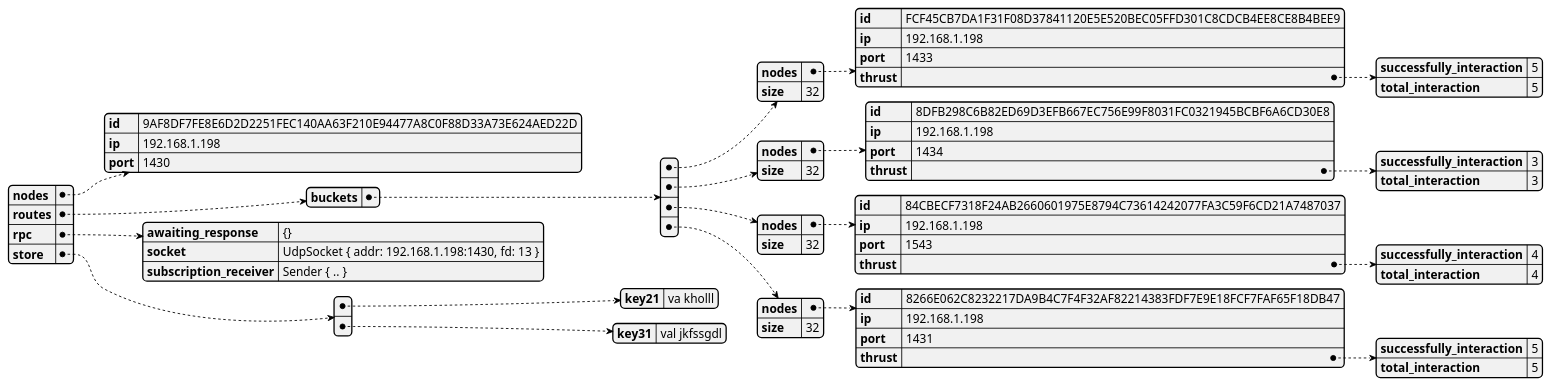
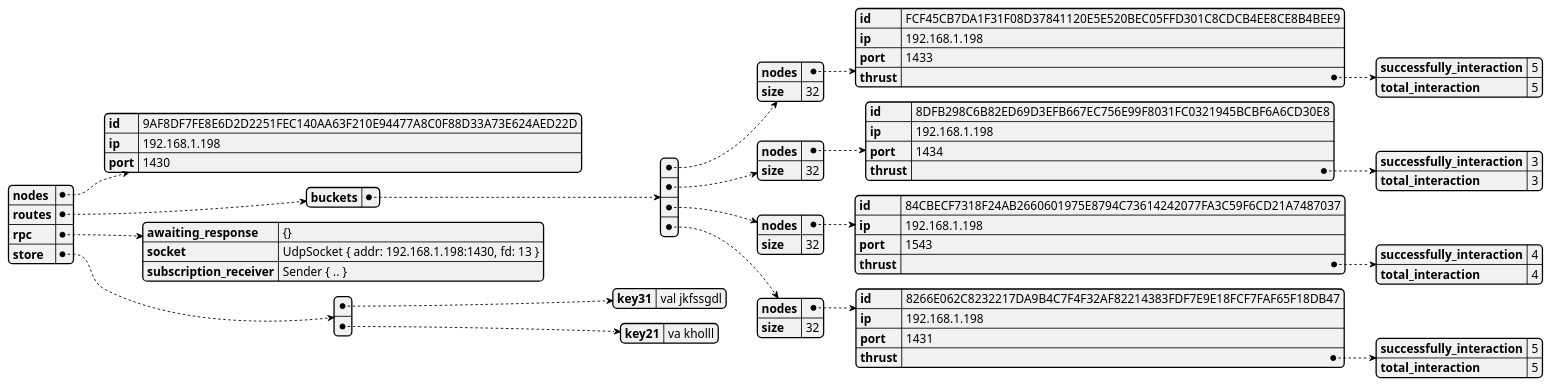
The diagram in src/distributed_legder/state_dumps/test-contact-1.json.plantuml (GoliathHagar/distributed_legder_kademlia), drawn with PlantUML before and after one commit. The commit also changed 29 other files, not shown here.

```diff
--- a/src/distributed_legder/state_dumps/test-contact-1.json.plantuml
+++ b/src/distributed_legder/state_dumps/test-contact-1.json.plantuml
@@ -1,3 +1,3 @@
 @startjson
-{"nodes":{"id":"9AF8DF7FE8E6D2D2251FEC140AA63F210E94477A8C0F88D33A73E624AED22D","ip":"192.168.1.198","port":1430},"routes":{"buckets":[{"nodes":{"id":"FCF45CB7DA1F31F08D37841120E5E520BEC05FFD301C8CDCB4EE8CE8B4BEE9","ip":"192.168.1.198","port":1433,"thrust":{"successfully_interaction":5,"total_interaction":5}},"size":32},{"nodes":{"id":"8DFB298C6B82ED69D3EFB667EC756E99F8031FC0321945BCBF6A6CD30E8","ip":"192.168.1.198","port":1434,"thrust":{"successfully_interaction":3,"total_interaction":3}},"size":32},{"nodes":{"id":"84CBECF7318F24AB2660601975E8794C73614242077FA3C59F6CD21A7487037","ip":"192.168.1.198","port":1543,"thrust":{"successfully_interaction":4,"total_interaction":4}},"size":32},{"nodes":{"id":"8266E062C8232217DA9B4C7F4F32AF82214383FDF7E9E18FCF7FAF65F18DB47","ip":"192.168.1.198","port":1431,"thrust":{"successfully_interaction":5,"total_interaction":5}},"size":32}]},"rpc":{"awaiting_response":"{}","socket":"UdpSocket { addr: 192.168.1.198:1430, fd: 13 }","subscription_receiver":"Sender { .. }"},"store":[{"key21":"va kholll"},{"key31":"val jkfssgdl"}]}
+{"nodes":{"id":"9AF8DF7FE8E6D2D2251FEC140AA63F210E94477A8C0F88D33A73E624AED22D","ip":"192.168.1.198","port":1430},"routes":{"buckets":[{"nodes":{"id":"FCF45CB7DA1F31F08D37841120E5E520BEC05FFD301C8CDCB4EE8CE8B4BEE9","ip":"192.168.1.198","port":1433,"thrust":{"successfully_interaction":5,"total_interaction":5}},"size":32},{"nodes":{"id":"8DFB298C6B82ED69D3EFB667EC756E99F8031FC0321945BCBF6A6CD30E8","ip":"192.168.1.198","port":1434,"thrust":{"successfully_interaction":3,"total_interaction":3}},"size":32},{"nodes":{"id":"84CBECF7318F24AB2660601975E8794C73614242077FA3C59F6CD21A7487037","ip":"192.168.1.198","port":1543,"thrust":{"successfully_interaction":4,"total_interaction":4}},"size":32},{"nodes":{"id":"8266E062C8232217DA9B4C7F4F32AF82214383FDF7E9E18FCF7FAF65F18DB47","ip":"192.168.1.198","port":1431,"thrust":{"successfully_interaction":5,"total_interaction":5}},"size":32}]},"rpc":{"awaiting_response":"{}","socket":"UdpSocket { addr: 192.168.1.198:1430, fd: 13 }","subscription_receiver":"Sender { .. }"},"store":[{"key31":"val jkfssgdl"},{"key21":"va kholll"}]}
 @endjson
```
